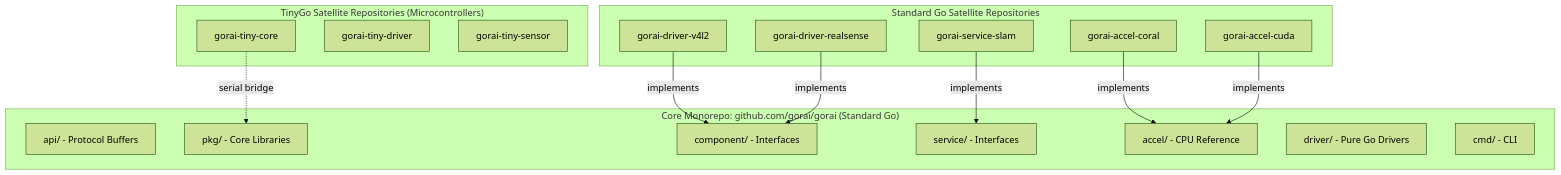
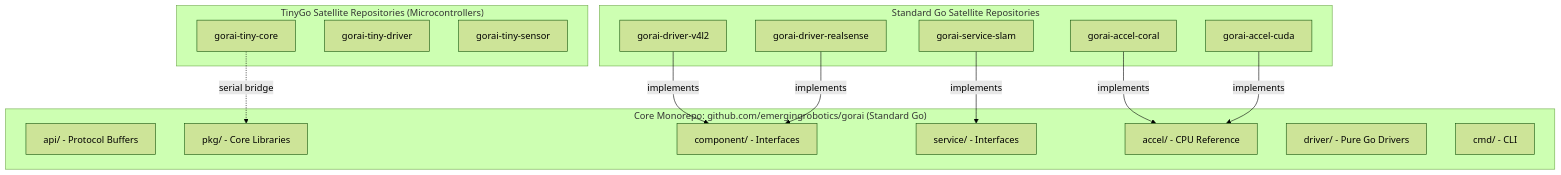
The first of 2 diagrams in docs/specifications/code-organization.md (emergingrobotics/gorai-docs), drawn with Mermaid (forest theme) before and after one commit. The commit also changed other lines of this file and 263 other files, not shown here.

````diff
--- a/docs/specifications/code-organization.md
+++ b/docs/specifications/code-organization.md
@@ -67,33 +67,33 @@
 ```mermaid
 flowchart TB
-    subgraph core["Core Monorepo: github.com/gorai/gorai (Standard Go)"]
+    subgraph core["Core Monorepo: github.com/emergingrobotics/gorai (Standard Go)"]
         API["api/ - Protocol Buffers"]
         PKG["pkg/ - Core Libraries"]
         COMP["component/ - Interfaces"]
         SVC["service/ - Interfaces"]
         ACCEL["accel/ - CPU Reference"]
         DRV["driver/ - Pure Go Drivers"]
         CMD["cmd/ - CLI"]
     end
 
     subgraph satellites["Standard Go Satellite Repositories"]
         DRV_V4L2["gorai-driver-v4l2"]
         DRV_RS["gorai-driver-realsense"]
         ACCEL_CORAL["gorai-accel-coral"]
         ACCEL_CUDA["gorai-accel-cuda"]
         SVC_SLAM["gorai-service-slam"]
     end
 
     subgraph tinygo["TinyGo Satellite Repositories (Microcontrollers)"]
         TINY_CORE["gorai-tiny-core"]
         TINY_DRV["gorai-tiny-driver"]
         TINY_SENSOR["gorai-tiny-sensor"]
     end
 
     DRV_V4L2 --> |implements| COMP
     DRV_RS --> |implements| COMP
     ACCEL_CORAL --> |implements| ACCEL
     ACCEL_CUDA --> |implements| ACCEL
     SVC_SLAM --> |implements| SVC
     TINY_CORE -.-> |serial bridge| PKG
 ```
````
